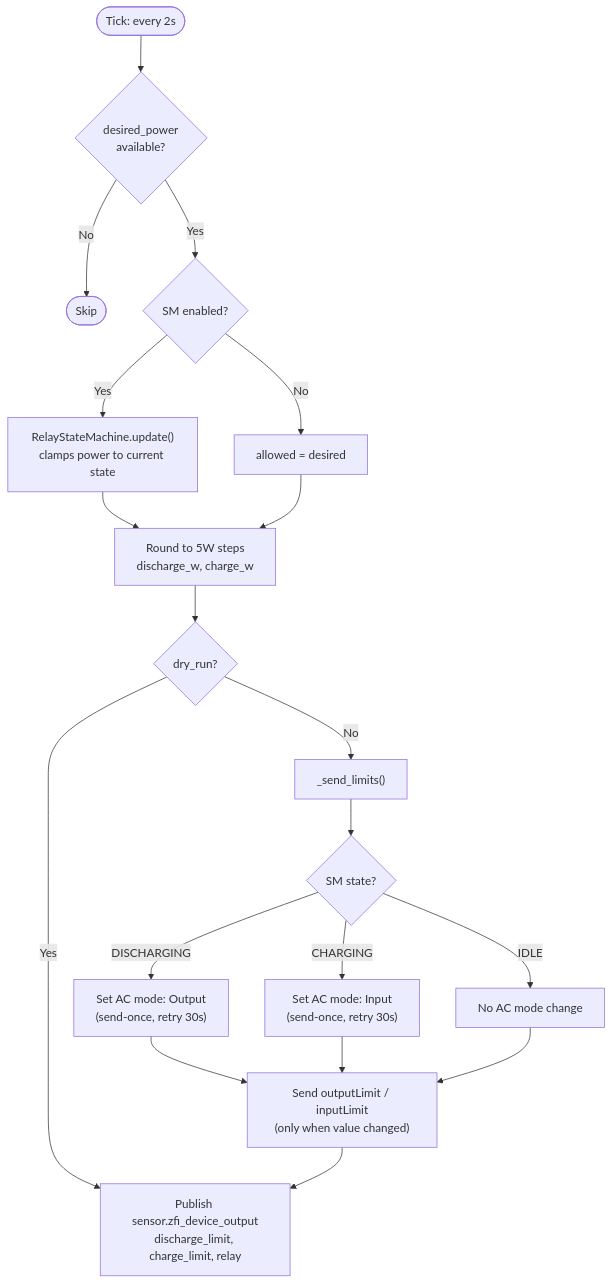
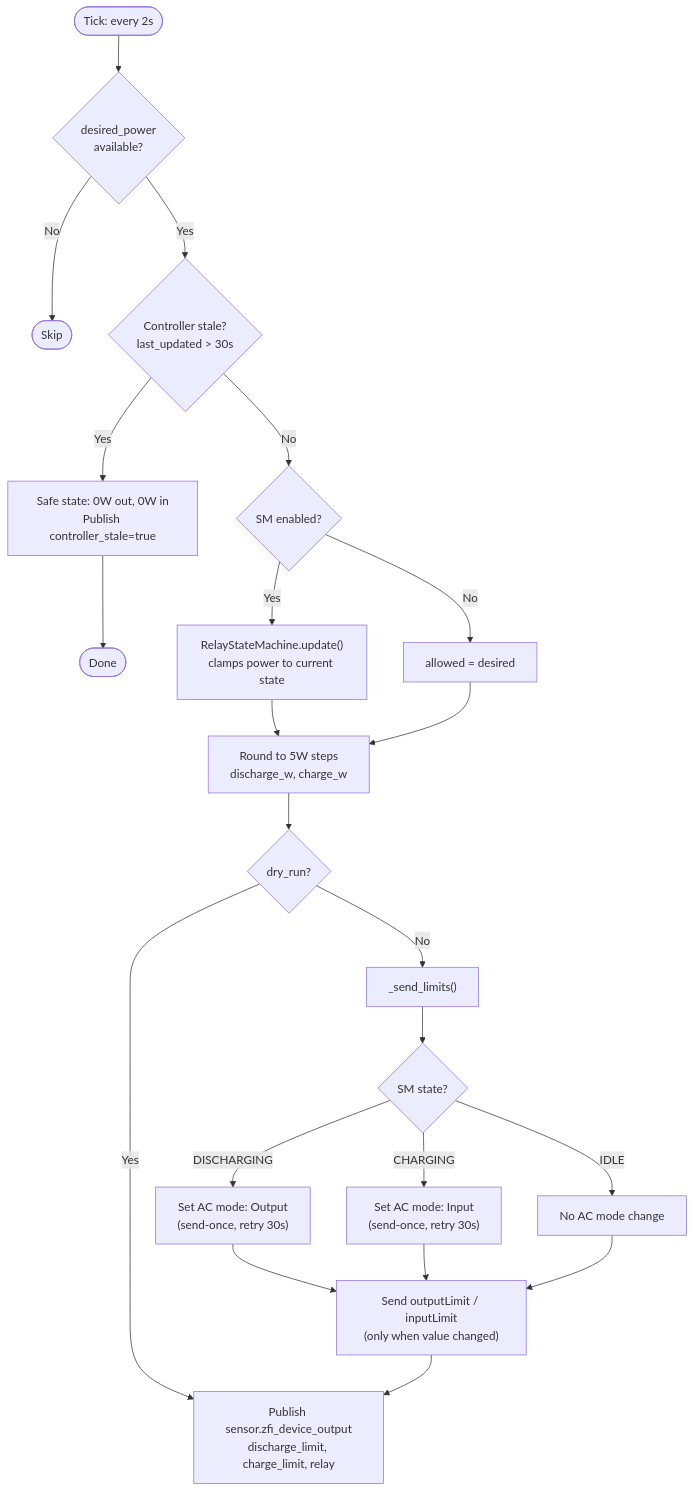
Before and after one commit to steffenruehl/ha-zero-feed-in: the second of 3 diagrams in docs/zero_feed_in_docs.md, drawn with Mermaid. The commit also changed other lines of this file and 9 other files, not shown here.

````diff
--- a/docs/zero_feed_in_docs.md
+++ b/docs/zero_feed_in_docs.md
@@ -390,31 +425,34 @@
 ```mermaid
 flowchart TD
     A([Tick: every 2s]) --> B{desired_power<br>available?}
     B -- No --> Z([Skip])
-    B -- Yes --> SM{SM enabled?}
+    B -- Yes --> STALE{Controller stale?<br>last_updated > 30s}
+    STALE -- Yes --> SAFE["Safe state: 0W out, 0W in<br>Publish controller_stale=true"]
+    SAFE --> Z2([Done])
+    STALE -- No --> SM{SM enabled?}
     SM -- Yes --> SMU["RelayStateMachine.update()<br>clamps power to current state"]
     SM -- No --> PASS["allowed = desired"]
     SMU --> RND
     PASS --> RND
 
     RND["Round to 5W steps<br>discharge_w, charge_w"]
 
     RND --> DRY{dry_run?}
     DRY -- Yes --> PUB
     DRY -- No --> SEND
 
     SEND["_send_limits()"]
     SEND --> ACM{"SM state?"}
     ACM -- DISCHARGING --> AO["Set AC mode: Output<br>(send-once, retry 30s)"]
     ACM -- CHARGING --> AI["Set AC mode: Input<br>(send-once, retry 30s)"]
     ACM -- IDLE --> SKIP_AC["No AC mode change"]
 
     AO --> LIM
     AI --> LIM
     SKIP_AC --> LIM
 
     LIM["Send outputLimit / inputLimit<br>(only when value changed)"]
 
     LIM --> PUB
     PUB["Publish sensor.zfi_device_output<br>discharge_limit, charge_limit, relay"]
 ```
````
